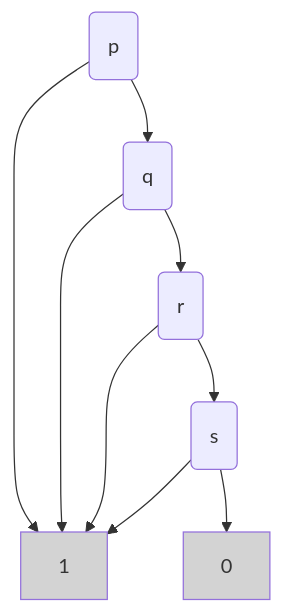
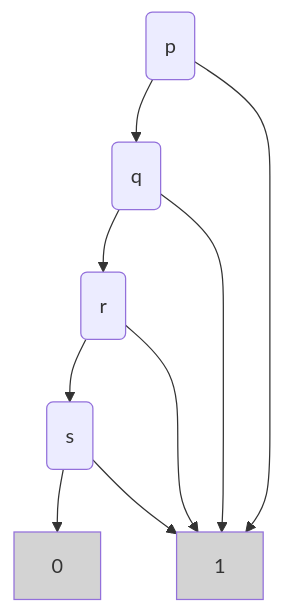
The diagram in samples/expression_bdd_mermaid/or_chain.md (Alan-Jowett/dagir), drawn with Mermaid before and after one commit. The commit also changed 86 other files, not shown here.

````diff
--- a/samples/expression_bdd_mermaid/or_chain.md
+++ b/samples/expression_bdd_mermaid/or_chain.md
@@ -1,19 +1,19 @@
 ```mermaid
 graph TB
-  node5["0"]
-  style node5 fill:lightgray
-  node6["1"]
-  style node6 fill:lightgray
-  p("p")
-  q("q")
-  r("r")
-  s("s")
-  p --> node6
-  p --> q
-  q --> node6
-  q --> r
-  r --> node6
-  r --> s
-  s --> node5
-  s --> node6
+  node000("p")
+  node001("q")
+  node002("r")
+  node003("s")
+  node004["0"]
+  style node004 fill:lightgray
+  node005["1"]
+  style node005 fill:lightgray
+  node000 --> node001
+  node000 --> node005
+  node001 --> node002
+  node001 --> node005
+  node002 --> node003
+  node002 --> node005
+  node003 --> node004
+  node003 --> node005
 ```
````
